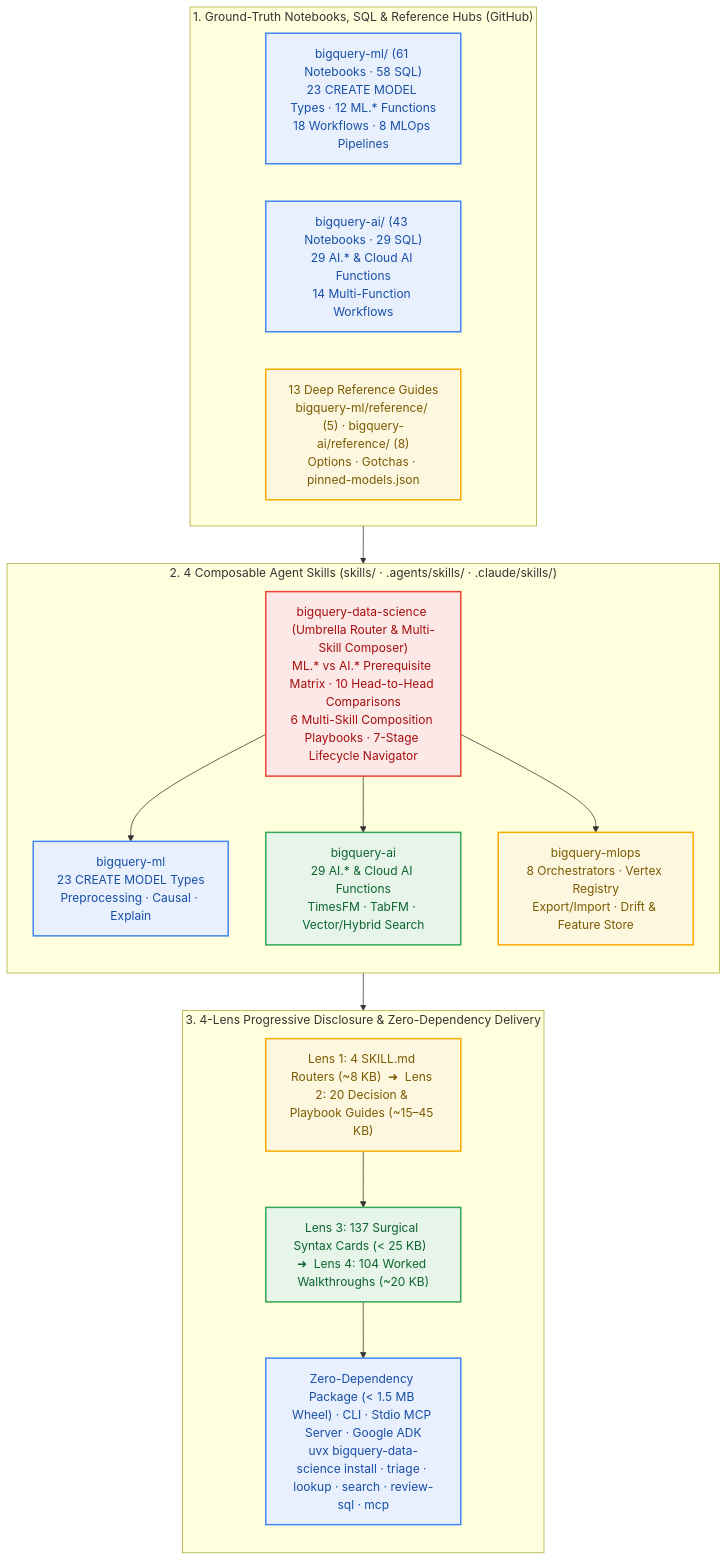
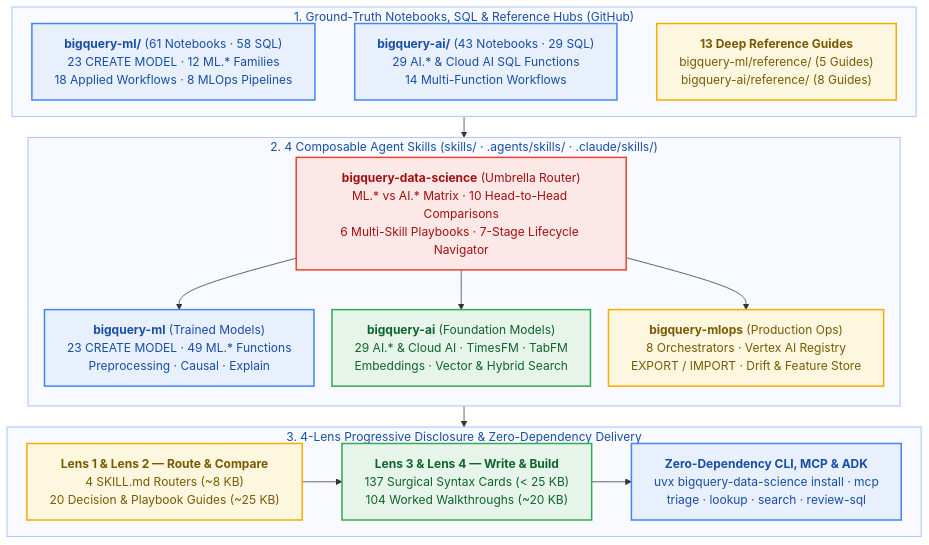
One commit to statmike/bigquery-data-science changed the diagram in README.md. Above: the diagram before and after it, drawn with Mermaid. The commit also changed 1 other file, not shown here.

Commit message:
docs(readme): balance 3-stage Mermaid layout with wrappingWidth and horizontal Stage 3

````diff
--- a/README.md
+++ b/README.md
@@ -15,39 +15,45 @@
 ```mermaid
+%%{init: {'flowchart': {'wrappingWidth': 380, 'nodeSpacing': 24, 'rankSpacing': 28}}}%%
 flowchart TD
     subgraph GT["1. Ground-Truth Notebooks, SQL & Reference Hubs (GitHub)"]
         direction LR
-        BQML["bigquery-ml/ (61 Notebooks · 58 SQL)<br/>23 CREATE MODEL Types · 12 ML.* Functions<br/>18 Workflows · 8 MLOps Pipelines"]
-        BQAI["bigquery-ai/ (43 Notebooks · 29 SQL)<br/>29 AI.* & Cloud AI Functions<br/>14 Multi-Function Workflows"]
-        REFS["13 Deep Reference Guides<br/>bigquery-ml/reference/ (5) · bigquery-ai/reference/ (8)<br/>Options · Gotchas · pinned-models.json"]
+        BQML["<b>bigquery-ml/</b> (61 Notebooks · 58 SQL)<br/>23 CREATE MODEL · 12 ML.* Families<br/>18 Applied Workflows · 8 MLOps Pipelines"]
+        BQAI["<b>bigquery-ai/</b> (43 Notebooks · 29 SQL)<br/>29 AI.* & Cloud AI SQL Functions<br/>14 Multi-Function Workflows"]
+        REFS["<b>13 Deep Reference Guides</b><br/>bigquery-ml/reference/ (5 Guides)<br/>bigquery-ai/reference/ (8 Guides)"]
+        BQML ~~~ BQAI ~~~ REFS
     end
 
     subgraph SKILLS["2. 4 Composable Agent Skills (skills/ · .agents/skills/ · .claude/skills/)"]
         direction TB
-        ROUTER["bigquery-data-science (Umbrella Router & Multi-Skill Composer)<br/>ML.* vs AI.* Prerequisite Matrix · 10 Head-to-Head Comparisons<br/>6 Multi-Skill Composition Playbooks · 7-Stage Lifecycle Navigator"]
-        S_ML["bigquery-ml<br/>23 CREATE MODEL Types<br/>Preprocessing · Causal · Explain"]
-        S_AI["bigquery-ai<br/>29 AI.* & Cloud AI Functions<br/>TimesFM · TabFM · Vector/Hybrid Search"]
-        S_OPS["bigquery-mlops<br/>8 Orchestrators · Vertex Registry<br/>Export/Import · Drift & Feature Store"]
+        ROUTER["<b>bigquery-data-science</b> (Umbrella Router)<br/>ML.* vs AI.* Matrix · 10 Head-to-Head Comparisons<br/>6 Multi-Skill Playbooks · 7-Stage Lifecycle Navigator"]
+        S_ML["<b>bigquery-ml</b> (Trained Models)<br/>23 CREATE MODEL · 49 ML.* Functions<br/>Preprocessing · Causal · Explain"]
+        S_AI["<b>bigquery-ai</b> (Foundation Models)<br/>29 AI.* & Cloud AI · TimesFM · TabFM<br/>Embeddings · Vector & Hybrid Search"]
+        S_OPS["<b>bigquery-mlops</b> (Production Ops)<br/>8 Orchestrators · Vertex AI Registry<br/>EXPORT / IMPORT · Drift & Feature Store"]
         ROUTER --> S_ML
         ROUTER --> S_AI
         ROUTER --> S_OPS
     end
 
     subgraph LENS["3. 4-Lens Progressive Disclosure & Zero-Dependency Delivery"]
-        direction TB
-        L12["Lens 1: 4 SKILL.md Routers (~8 KB)  ➜  Lens 2: 20 Decision & Playbook Guides (~15–45 KB)"]
-        L34["Lens 3: 137 Surgical Syntax Cards (< 25 KB)  ➜  Lens 4: 104 Worked Walkthroughs (~20 KB)"]
-        DELIV["Zero-Dependency Package (< 1.5 MB Wheel) · CLI · Stdio MCP Server · Google ADK<br/>uvx bigquery-data-science install · triage · lookup · search · review-sql · mcp"]
+        direction LR
+        L12["<b>Lens 1 & Lens 2 — Route & Compare</b><br/>4 SKILL.md Routers (~8 KB)<br/>20 Decision & Playbook Guides (~25 KB)"]
+        L34["<b>Lens 3 & Lens 4 — Write & Build</b><br/>137 Surgical Syntax Cards (< 25 KB)<br/>104 Worked Walkthroughs (~20 KB)"]
+        DELIV["<b>Zero-Dependency CLI, MCP & ADK</b><br/>uvx bigquery-data-science install · mcp<br/>triage · lookup · search · review-sql"]
         L12 --> L34 --> DELIV
     end
 
     GT --> SKILLS --> LENS
+
+    style GT fill:#F8FAFF,stroke:#AECBFA,stroke-width:1.5px,color:#174EA6
+    style SKILLS fill:#F8FAFF,stroke:#AECBFA,stroke-width:1.5px,color:#174EA6
+    style LENS fill:#F8FAFF,stroke:#AECBFA,stroke-width:1.5px,color:#174EA6
 
     classDef data fill:#E8F0FE,stroke:#4285F4,stroke-width:2px,color:#174EA6
     classDef config fill:#FEF7E0,stroke:#F9AB00,stroke-width:2px,color:#7A5A00
     classDef route fill:#FCE8E6,stroke:#EA4335,stroke-width:2px,color:#A50E0E
     classDef compute fill:#E6F4EA,stroke:#34A853,stroke-width:2px,color:#0D652D
     class BQML,BQAI,S_ML,DELIV data
     class REFS,S_OPS,L12 config
     class ROUTER route
     class S_AI,L34 compute
 ```
````
